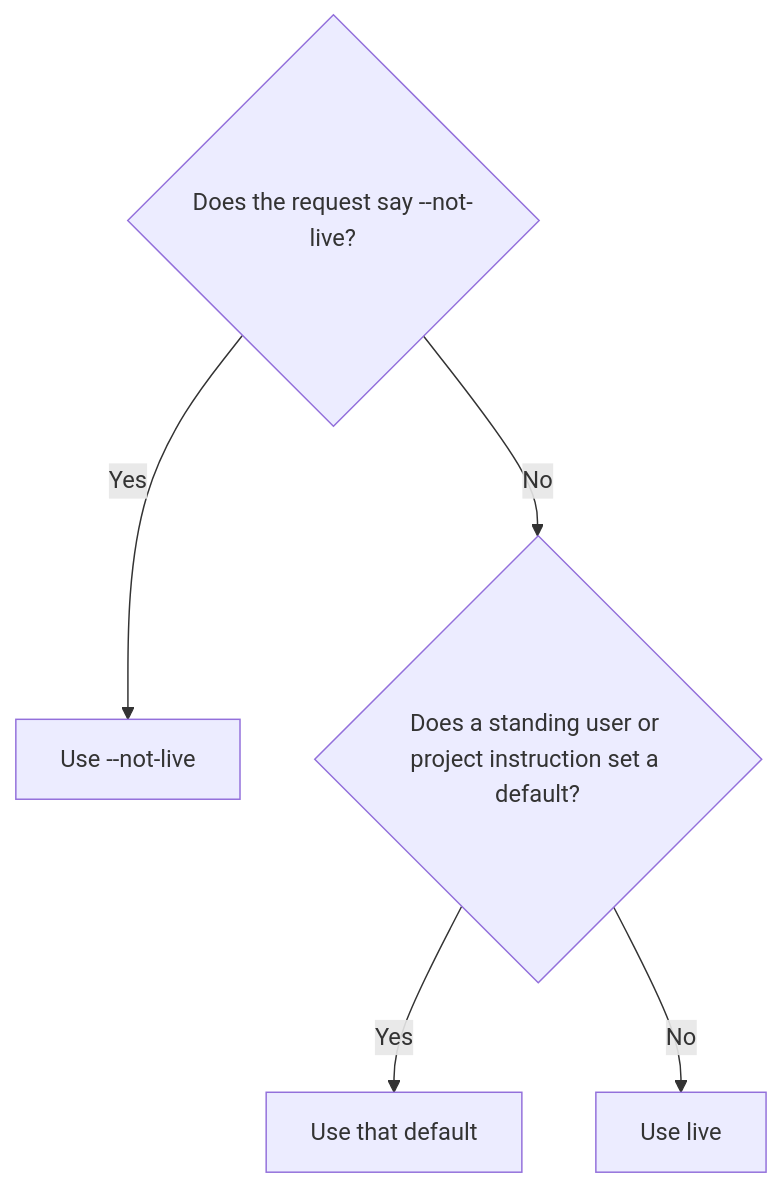
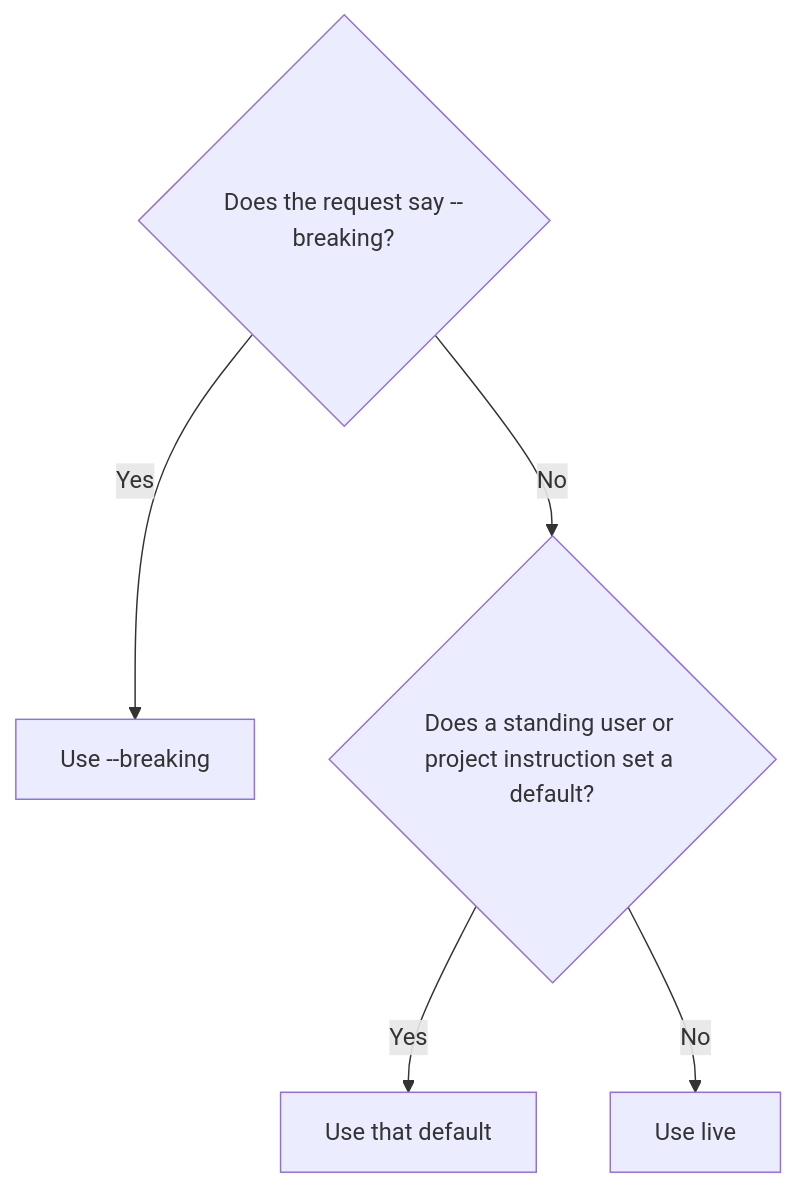
One commit to fsw0422/.ksp changed the diagram in skills/spec-workflow/references/worked-examples.md. Above: the diagram before and after it, drawn with Mermaid. The commit also changed other lines of this file and 8 other files, not shown here.

First line of the commit message:
spec-workflow: add --compare and --from-code, and rename --not-live to --breaking

````diff
--- a/skills/spec-workflow/references/worked-examples.md
+++ b/skills/spec-workflow/references/worked-examples.md
@@ -11,7 +11,7 @@
 ```mermaid
 flowchart TD
-    Flag{Does the request say --not-live?} -->|Yes| NotLive[Use --not-live]
+    Flag{Does the request say --breaking?} -->|Yes| NotLive[Use --breaking]
     Flag -->|No| Default{Does a standing user or project instruction set a default?}
     Default -->|Yes| UseDefault[Use that default]
     Default -->|No| Live[Use live]
 ```
````
